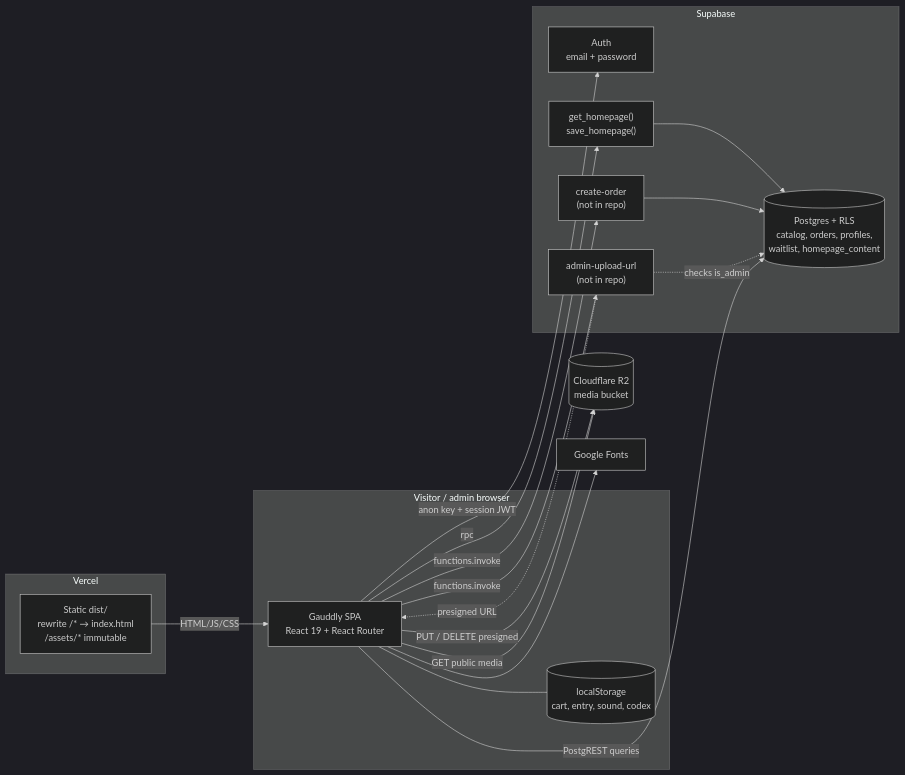
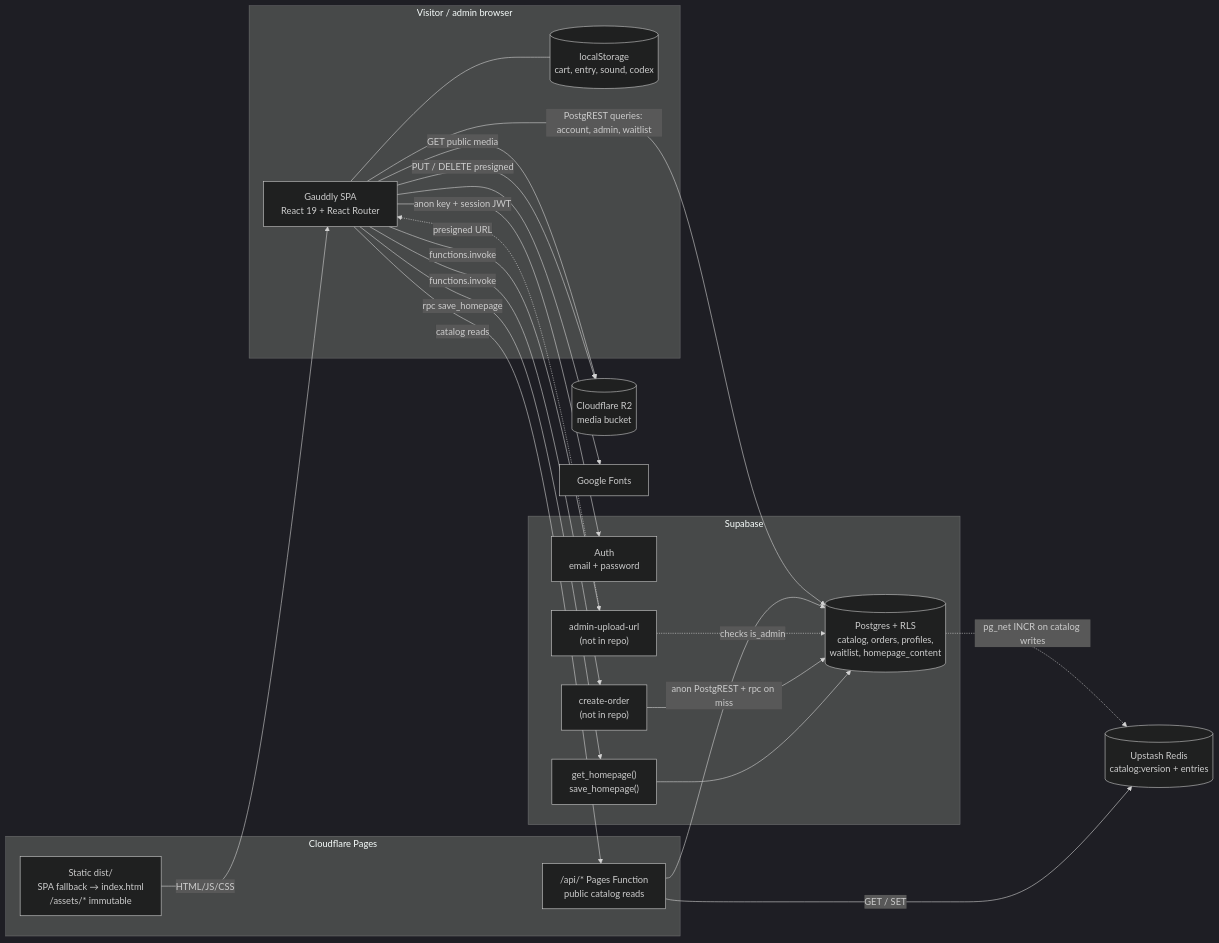
Before and after one commit to manishkumarveo-jpg/Gauddly: the diagram in diagrams/system-context.md, drawn with Mermaid (dark theme). The commit also changed 71 other files, not shown here.

First line of the commit message:
feat: homepage studio, garment editor, rate limits and Redis catalog cache

````diff
--- a/diagrams/system-context.md
+++ b/diagrams/system-context.md
@@ -5,37 +5,43 @@
 ```mermaid
 flowchart LR
   subgraph Browser["Visitor / admin browser"]
     SPA["Gauddly SPA<br/>React 19 + React Router"]
     LS[("localStorage<br/>cart, entry, sound, codex")]
     SPA --- LS
   end
 
-  subgraph Vercel
-    Static["Static dist/<br/>rewrite /* → index.html<br/>/assets/* immutable"]
+  subgraph Pages["Cloudflare Pages"]
+    Static["Static dist/<br/>SPA fallback → index.html<br/>/assets/* immutable"]
+    API["/api/* Pages Function<br/>public catalog reads"]
   end
+  Redis[("Upstash Redis<br/>catalog:version + entries")]
 
   subgraph Supabase
     Auth["Auth<br/>email + password"]
     PG[("Postgres + RLS<br/>catalog, orders, profiles,<br/>waitlist, homepage_content")]
     RPC["get_homepage()<br/>save_homepage()"]
     CO["create-order<br/>(not in repo)"]
     UP["admin-upload-url<br/>(not in repo)"]
     RPC --> PG
     CO --> PG
     UP -. checks is_admin .-> PG
   end
 
   R2[("Cloudflare R2<br/>media bucket")]
   Fonts["Google Fonts"]
 
   Static -->|HTML/JS/CSS| SPA
   SPA -->|anon key + session JWT| Auth
-  SPA -->|PostgREST queries| PG
-  SPA -->|rpc| RPC
+  SPA -->|catalog reads| API
+  API -->|GET / SET| Redis
+  API -->|anon PostgREST + rpc on miss| PG
+  PG -. pg_net INCR on catalog writes .-> Redis
+  SPA -->|PostgREST queries: account, admin, waitlist| PG
+  SPA -->|rpc save_homepage| RPC
   SPA -->|functions.invoke| CO
   SPA -->|functions.invoke| UP
   UP -. presigned URL .-> SPA
   SPA -->|PUT / DELETE presigned| R2
   SPA -->|GET public media| R2
   SPA --> Fonts
 ```
````
